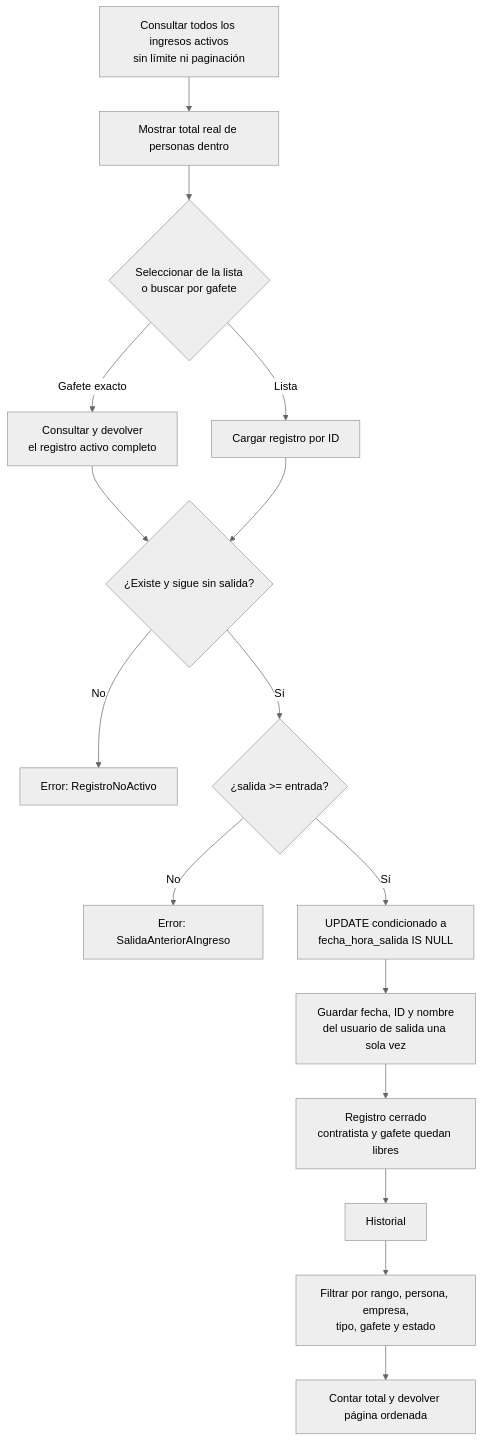
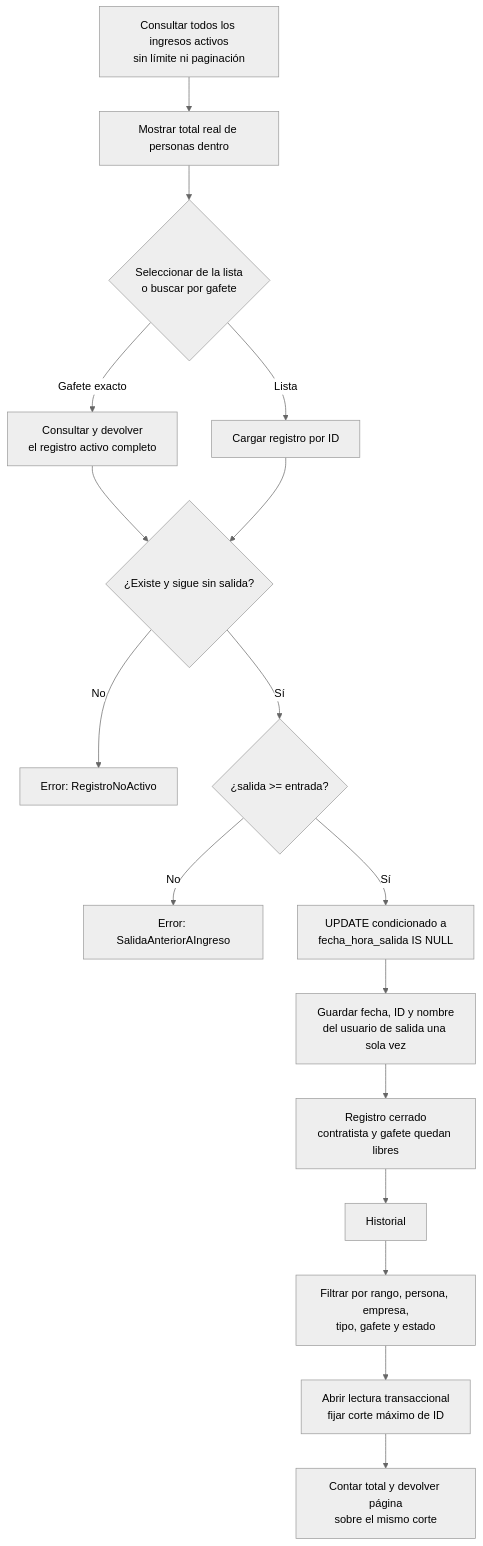
The fourth of 7 diagrams in docs/diagrama-logico.md (DQM27/acceso_CLI), drawn with Mermaid (neutral theme) before and after one commit. The commit also changed other lines of this file and 42 other files, not shown here.

````diff
--- a/docs/diagrama-logico.md
+++ b/docs/diagrama-logico.md
@@ -163,18 +163,19 @@
 ```mermaid
 flowchart TD
     A["Consultar todos los ingresos activos<br/>sin límite ni paginación"] --> T["Mostrar total real de personas dentro"]
     T --> B{"Seleccionar de la lista<br/>o buscar por gafete"}
     B -->|Lista| C["Cargar registro por ID"]
     B -->|Gafete exacto| C2["Consultar y devolver<br/>el registro activo completo"]
     C2 --> D
     C --> D{"¿Existe y sigue sin salida?"}
     D -->|No| E["Error: RegistroNoActivo"]
     D -->|Sí| F{"¿salida >= entrada?"}
     F -->|No| G["Error: SalidaAnteriorAIngreso"]
     F -->|Sí| H["UPDATE condicionado a<br/>fecha_hora_salida IS NULL"]
     H --> I["Guardar fecha, ID y nombre<br/>del usuario de salida una sola vez"]
     I --> J["Registro cerrado<br/>contratista y gafete quedan libres"]
     J --> K["Historial"]
     K --> L["Filtrar por rango, persona, empresa,<br/>tipo, gafete y estado"]
-    L --> M["Contar total y devolver página ordenada"]
+    L --> M["Abrir lectura transaccional<br/>fijar corte máximo de ID"]
+    M --> N["Contar total y devolver página<br/>sobre el mismo corte"]
 ```
````
